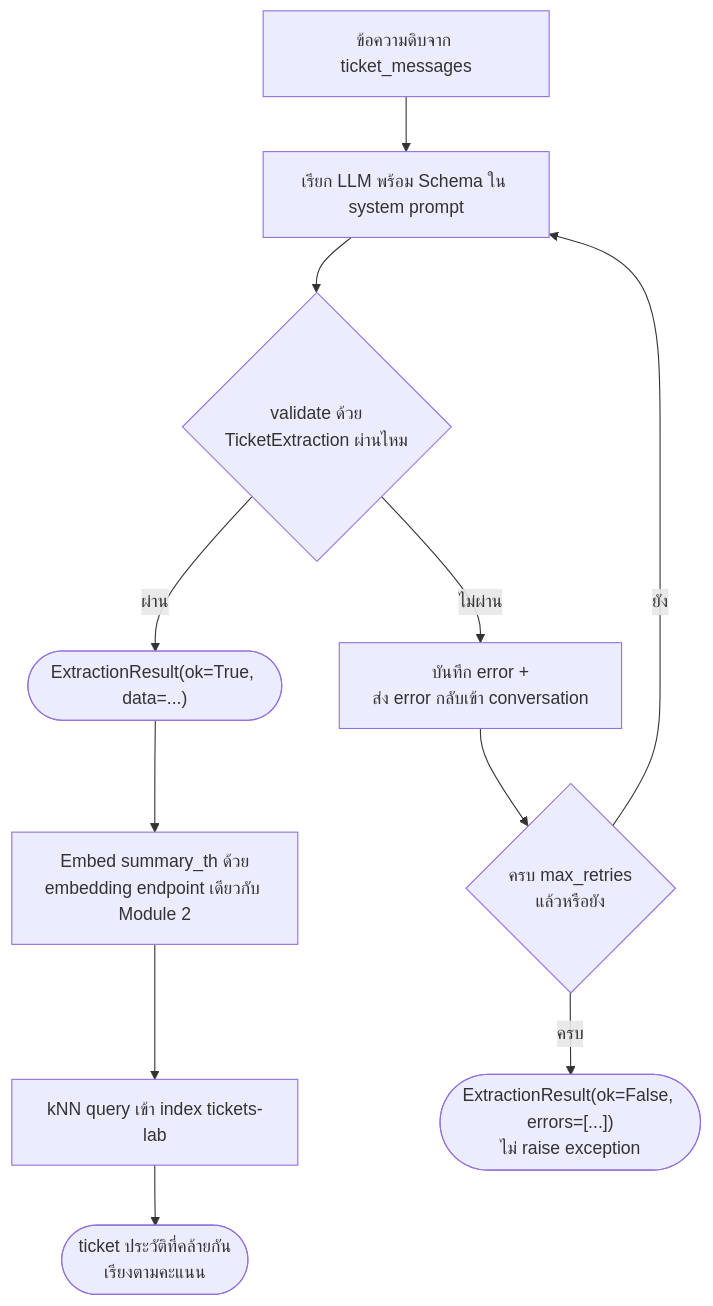
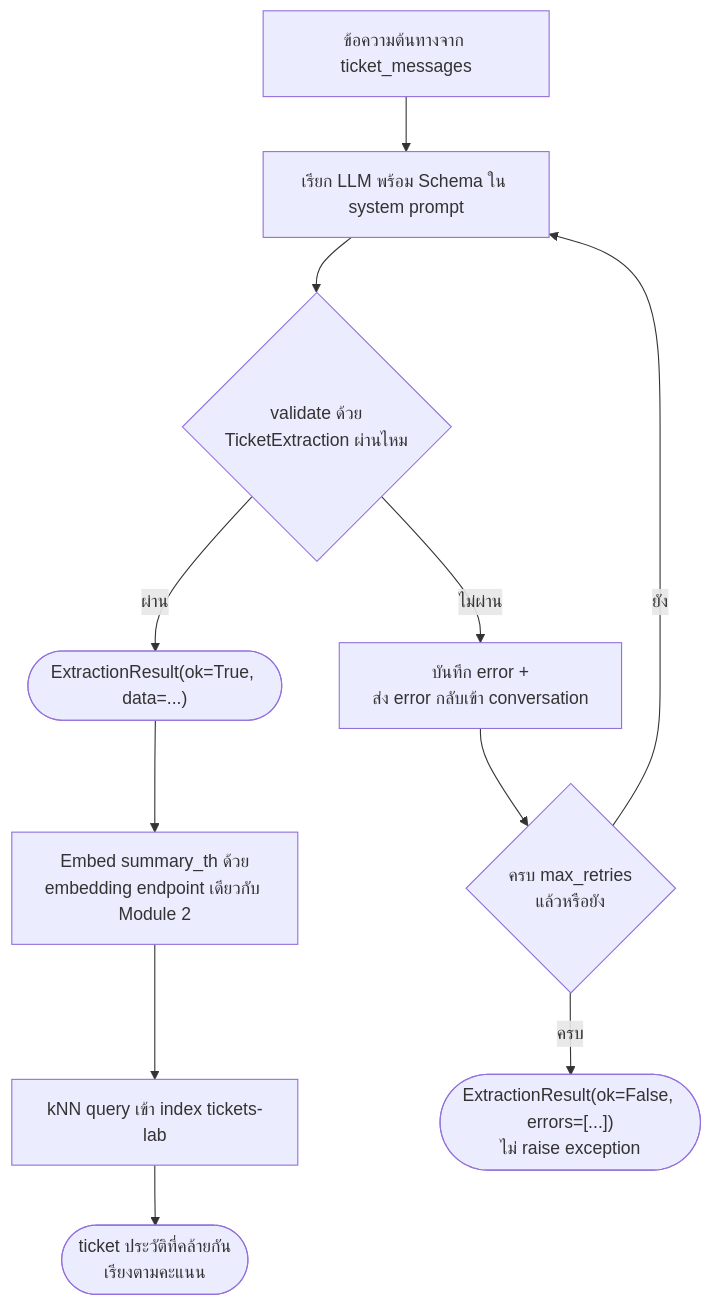
Before and after one commit to LLM-CE-KMITL/mcp-workshop: the diagram in INSTRUCTIONS/day1/07-workshop1-ticket-extractor.md, drawn with Mermaid. The commit also changed other lines of this file and 1 other file, not shown here.

````diff
--- a/INSTRUCTIONS/day1/07-workshop1-ticket-extractor.md
+++ b/INSTRUCTIONS/day1/07-workshop1-ticket-extractor.md
@@ -77,13 +86,13 @@
 ```mermaid
 flowchart TD
-    A["ข้อความดิบจาก ticket_messages"] --> B["เรียก LLM พร้อม Schema ใน system prompt"]
+    A["ข้อความต้นทางจาก ticket_messages"] --> B["เรียก LLM พร้อม Schema ใน system prompt"]
     B --> C{"validate ด้วย<br/>TicketExtraction ผ่านไหม"}
     C -->|ผ่าน| D(["ExtractionResult(ok=True, data=...)"])
     C -->|ไม่ผ่าน| E["บันทึก error +<br/>ส่ง error กลับเข้า conversation"]
     E --> F{"ครบ max_retries<br/>แล้วหรือยัง"}
     F -->|ยัง| B
     F -->|ครบ| G(["ExtractionResult(ok=False, errors=[...])<br/>ไม่ raise exception"])
     D --> H["Embed summary_th ด้วย<br/>embedding endpoint เดียวกับ Module 2"]
     H --> I["kNN query เข้า index tickets-lab"]
     I --> J(["ticket ประวัติที่คล้ายกัน<br/>เรียงตามคะแนน"]) 
 ```
````
